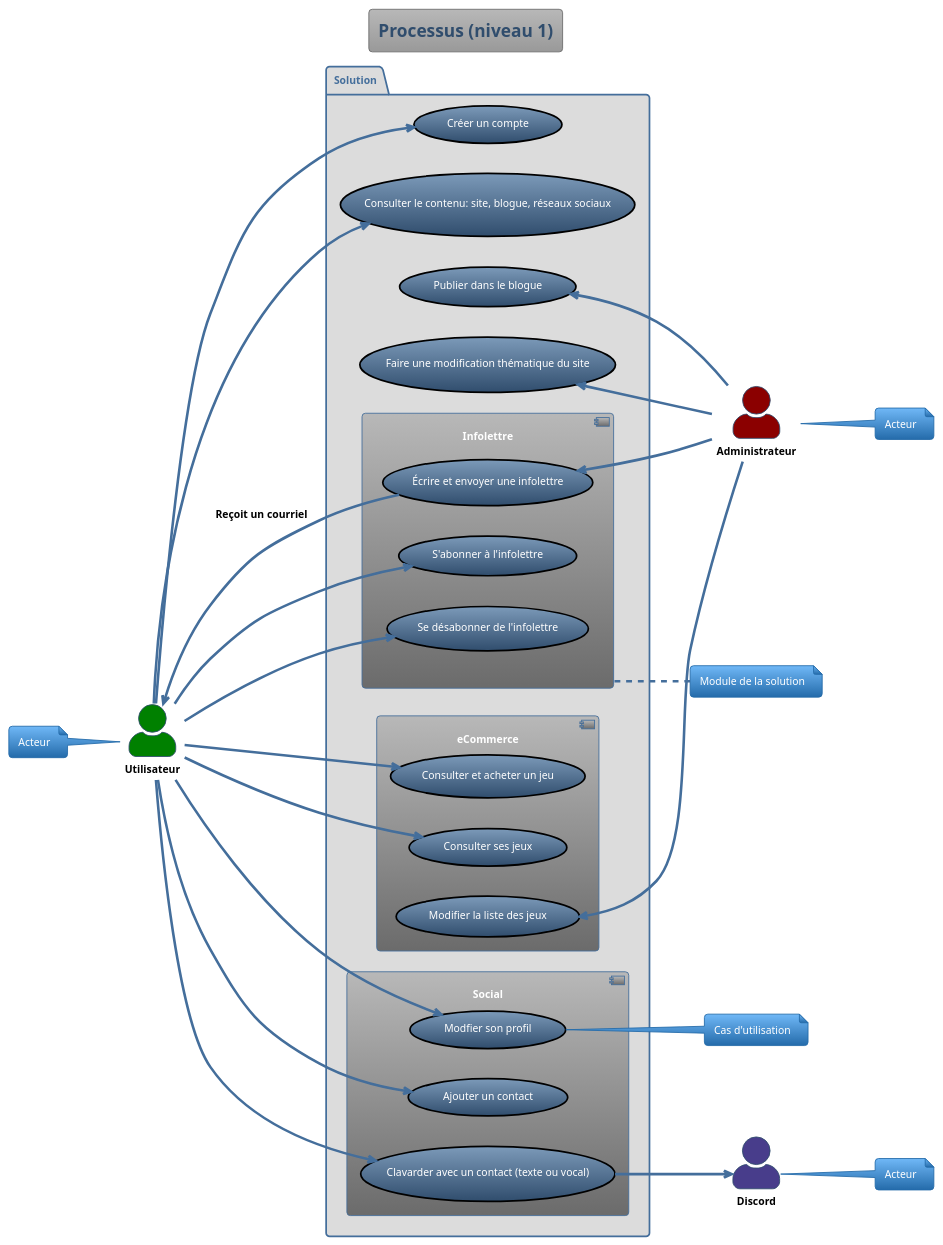
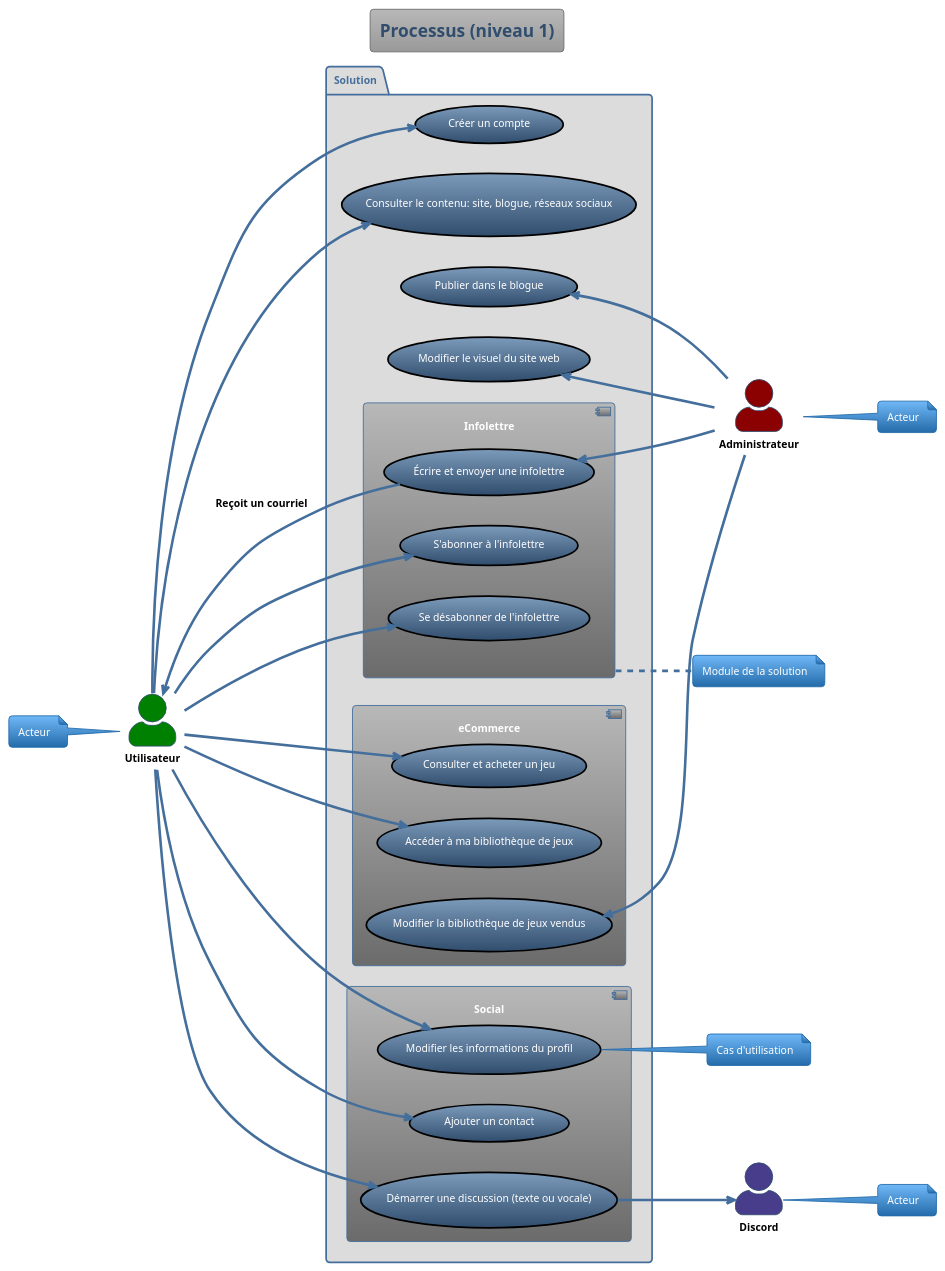
The diagram in diagramme_CUs.puml (Jacob-Cossette/GTI510), drawn with PlantUML before and after one commit. The commit also changed 22 other files, not shown here.

```diff
--- a/diagramme_CUs.puml
+++ b/diagramme_CUs.puml
@@ -1,82 +1,82 @@
 @startuml UsecaseDiagram
 title Processus (niveau 1)
 !theme spacelab
 
 left to right direction
 skinparam ArrowFontColor Black
 skinparam ArrowFontStyle Bold
 skinparam actorStyle awesome
 skinparam ActorFontColor Black
 skinparam ActorFontStyle Bold
 skinparam usecaseBorderColor Black
 
 actor "Utilisateur" as User #Green
 actor "Administrateur" as Admin #DarkRed
 actor "Discord" as Discord #DarkSlateBlue
 
 package Solution #Gainsboro {
     ' component "Général" as General {
         (Créer un compte) as CreateAccount
         (Consulter le contenu: site, blogue, réseaux sociaux) as ViewContent
         (Publier dans le blogue) as PublishBlog
-        (Faire une modification thématique du site) as EditSiteTheme
+        (Modifier le visuel du site web) as EditSiteTheme
     ' }
 
     component Infolettre {
         (Écrire et envoyer une infolettre) as SendNewsletter
         (S'abonner à l'infolettre) as SubscribeNewsletter
         (Se désabonner de l'infolettre) as UnsubscribeNewsletter
     }
 
     component eCommerce {
         (Consulter et acheter un jeu) as ViewAndBuyGame
-        (Consulter ses jeux) as ViewMyGames
-        (Modifier la liste des jeux) as EditGameList
+        (Accéder à ma bibliothèque de jeux) as ViewMyGames
+        (Modifier la bibliothèque de jeux vendus) as EditGameList
     }
 
     component Social {
-        (Modfier son profil) as EditProfile
+        (Modifier les informations du profil) as EditProfile
         (Ajouter un contact) as AddContact
-        (Clavarder avec un contact &#40;texte ou vocal&#41;) as ChatWithContact
+        (Démarrer une discussion &#40;texte ou vocale&#41;) as ChatWithContact
     }
 
     (SendNewsletter) <-- Admin 
     (PublishBlog) <-- Admin 
     (EditGameList) <-- Admin 
     (EditSiteTheme) <-- Admin 
 
     User --> (ViewContent)
     User --> (CreateAccount)
     User --> (EditProfile)
     User --> (ViewAndBuyGame)
     User --> (ViewMyGames)
     User --> (AddContact)
     User --> (ChatWithContact)
     User --> (SubscribeNewsletter)
     User --> (UnsubscribeNewsletter)
     User <-- (SendNewsletter) : Reçoit un courriel
 
     (ChatWithContact) --> Discord
 }
 
 note right of Admin {
     Acteur
 }
 
 note right of Discord {
     Acteur
 }
 
 note left of User {
     Acteur
 }
 
 note right of EditProfile {
     Cas d'utilisation
 }
 
 note right of Infolettre {
     Module de la solution
 }
 
 @enduml
```
